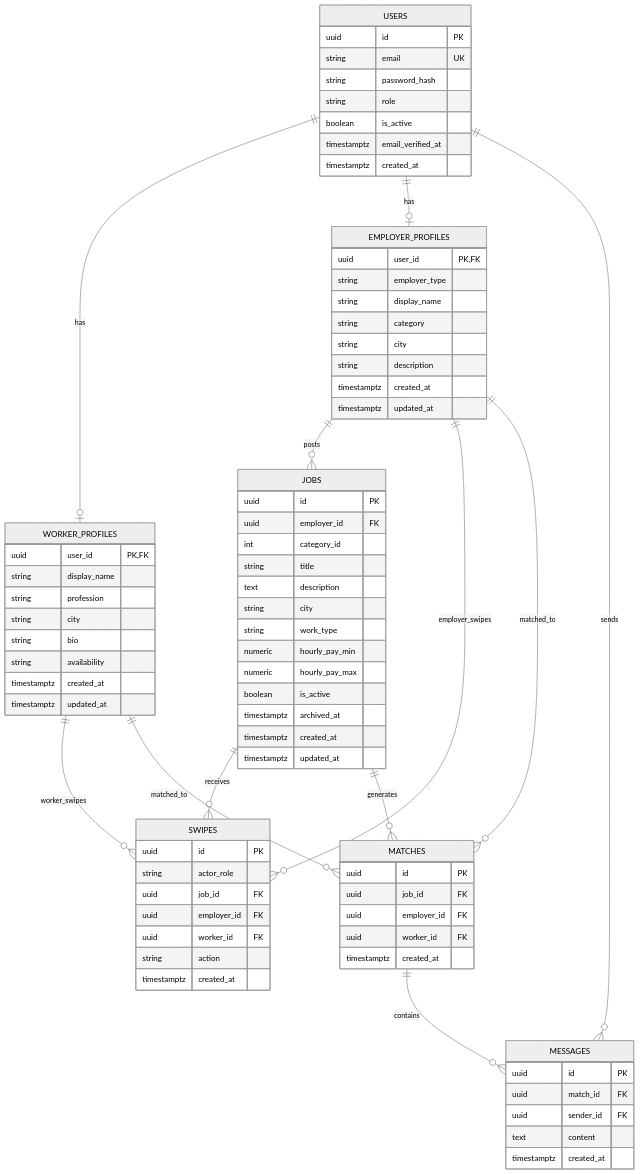
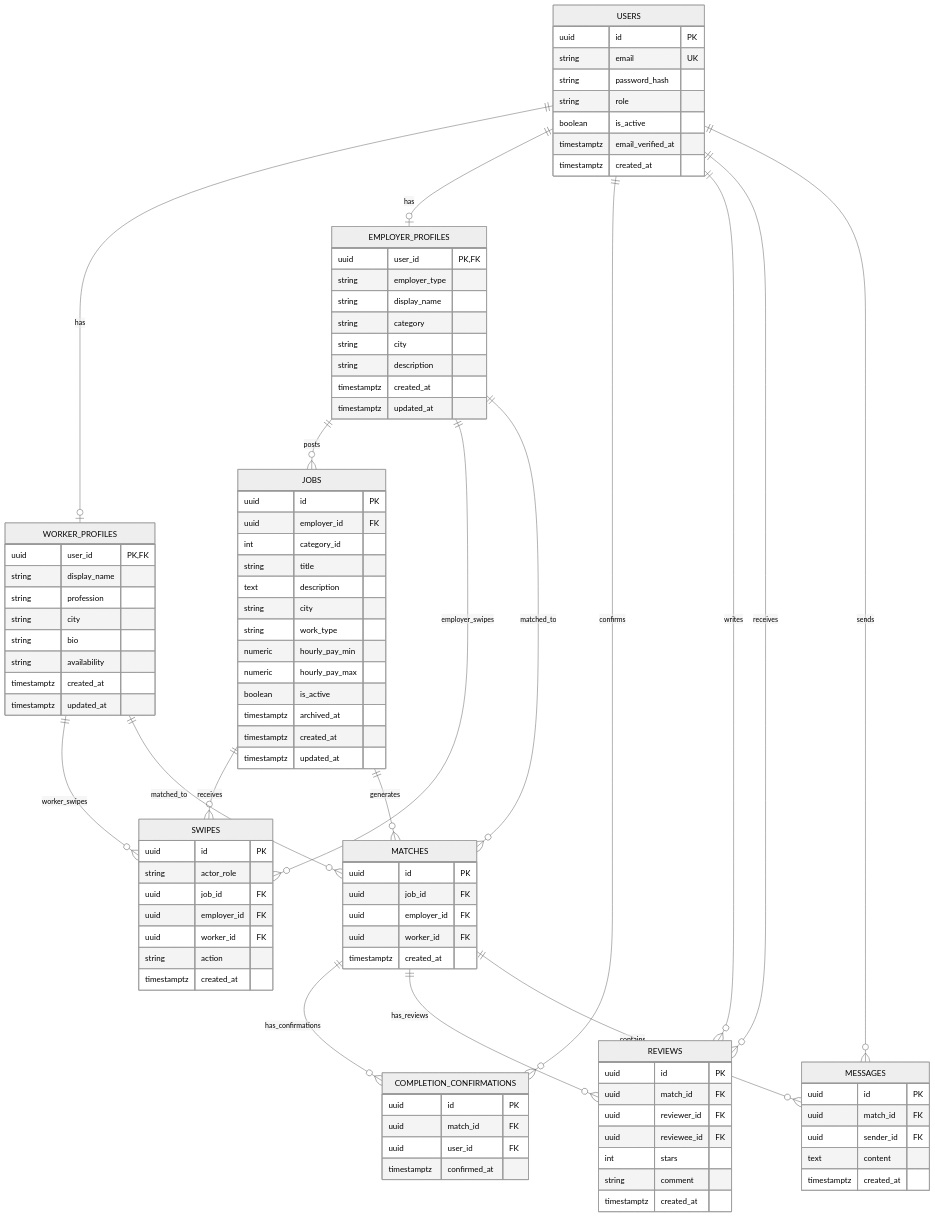
One commit to javahedi/DoppleJa_V1 changed the diagram in docs/database/DoppleJa_ERD.md. Above: the diagram before and after it, drawn with Mermaid (neutral theme). The commit also changed other lines of this file, not shown here.

Commit message:
docs: update ERD with completion and review relationships

````diff
--- a/docs/database/DoppleJa_ERD.md
+++ b/docs/database/DoppleJa_ERD.md
@@ -85,6 +85,23 @@
         timestamptz created_at
     }
 
+    COMPLETION_CONFIRMATIONS {
+        uuid id PK
+        uuid match_id FK
+        uuid user_id FK
+        timestamptz confirmed_at
+    }
+
+    REVIEWS {
+        uuid id PK
+        uuid match_id FK
+        uuid reviewer_id FK
+        uuid reviewee_id FK
+        int stars
+        string comment
+        timestamptz created_at
+    }
+
     MESSAGES {
         uuid id PK
         uuid match_id FK
@@ -106,6 +123,13 @@
     WORKER_PROFILES ||--o{ MATCHES : matched_to
     EMPLOYER_PROFILES ||--o{ MATCHES : matched_to
 
+    MATCHES ||--o{ COMPLETION_CONFIRMATIONS : has_confirmations
+    USERS ||--o{ COMPLETION_CONFIRMATIONS : confirms
+
+    MATCHES ||--o{ REVIEWS : has_reviews
+    USERS ||--o{ REVIEWS : writes
+    USERS ||--o{ REVIEWS : receives
+
     MATCHES ||--o{ MESSAGES : contains
     USERS ||--o{ MESSAGES : sends
 ```
````
